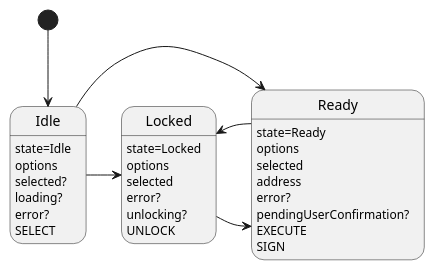
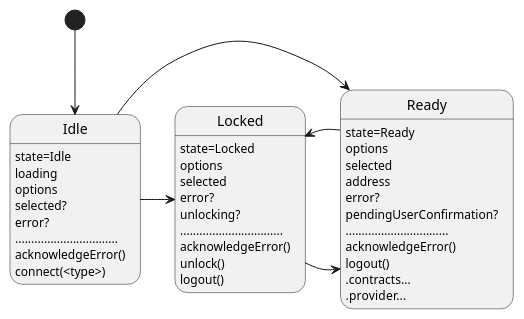
One commit to wighawag/web3w changed the diagram in documentation/diagrams/wallet.wsd. Above: the diagram before and after it, drawn with PlantUML. The commit also changed 10 other files, not shown here.

Commit message:
documentation with diagrams

```diff
--- a/documentation/diagrams/wallet.wsd
+++ b/documentation/diagrams/wallet.wsd
@@ -1,29 +1,37 @@
 @startuml
 Idle: state=Idle
+Idle: loading
 Idle: options
 Idle: selected?
-Idle: loading?
 Idle: error?
-Idle: SELECT
+Idle: ................................
+Idle: acknowledgeError()
+Idle: connect(<type>)
 Locked: state=Locked
 Locked: options
 Locked: selected
 Locked: error?
 Locked: unlocking?
-Locked: UNLOCK
+Locked: ................................
+Locked: acknowledgeError()
+Locked: unlock()
+Locked: logout()
 Ready: state=Ready
 Ready: options
 Ready: selected
 Ready: address
 Ready: error?
 Ready: pendingUserConfirmation?
-Ready: EXECUTE
-Ready: SIGN
+Ready: ................................
+Ready: acknowledgeError()
+Ready: logout()
+Ready: .contracts...
+Ready: .provider...
 
 
 [*] --> Idle
 Idle -> Locked
 Idle -> Ready
 Locked -> Ready
 Ready -> Locked
 @enduml
```
